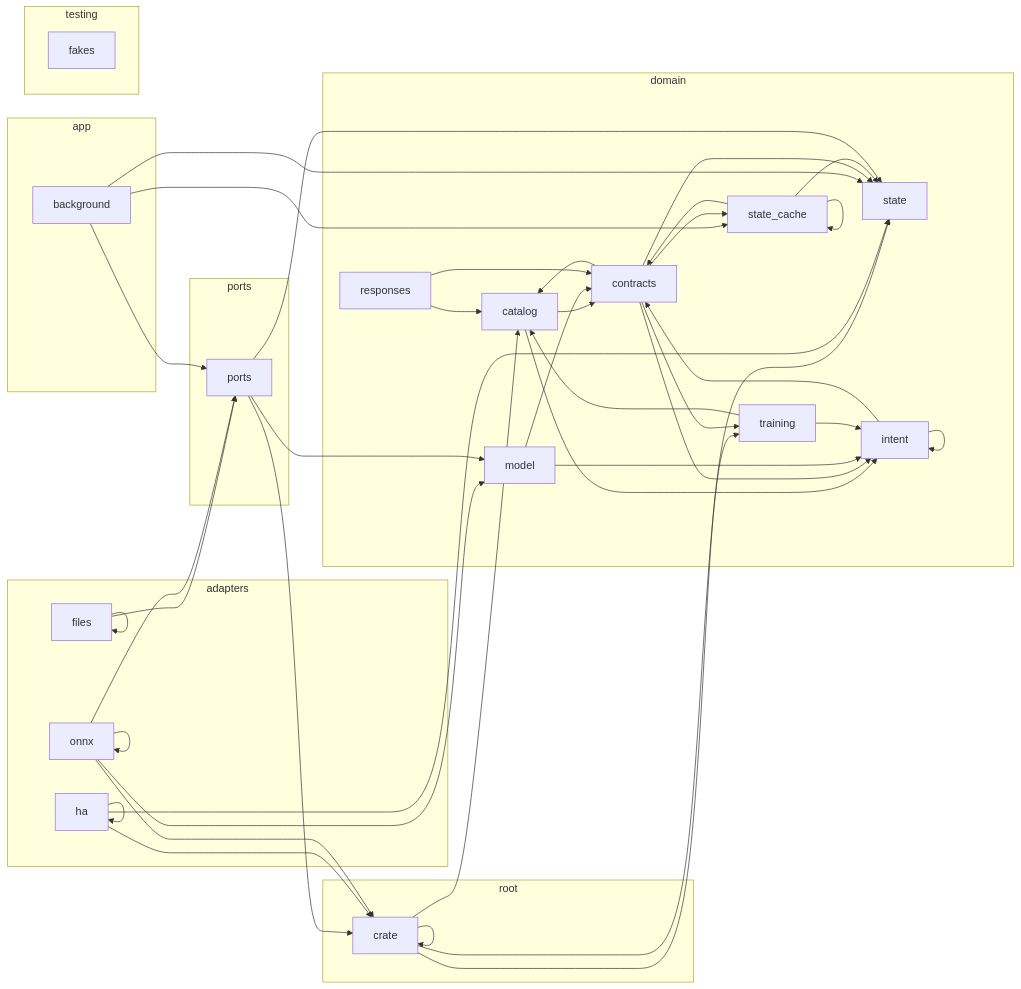
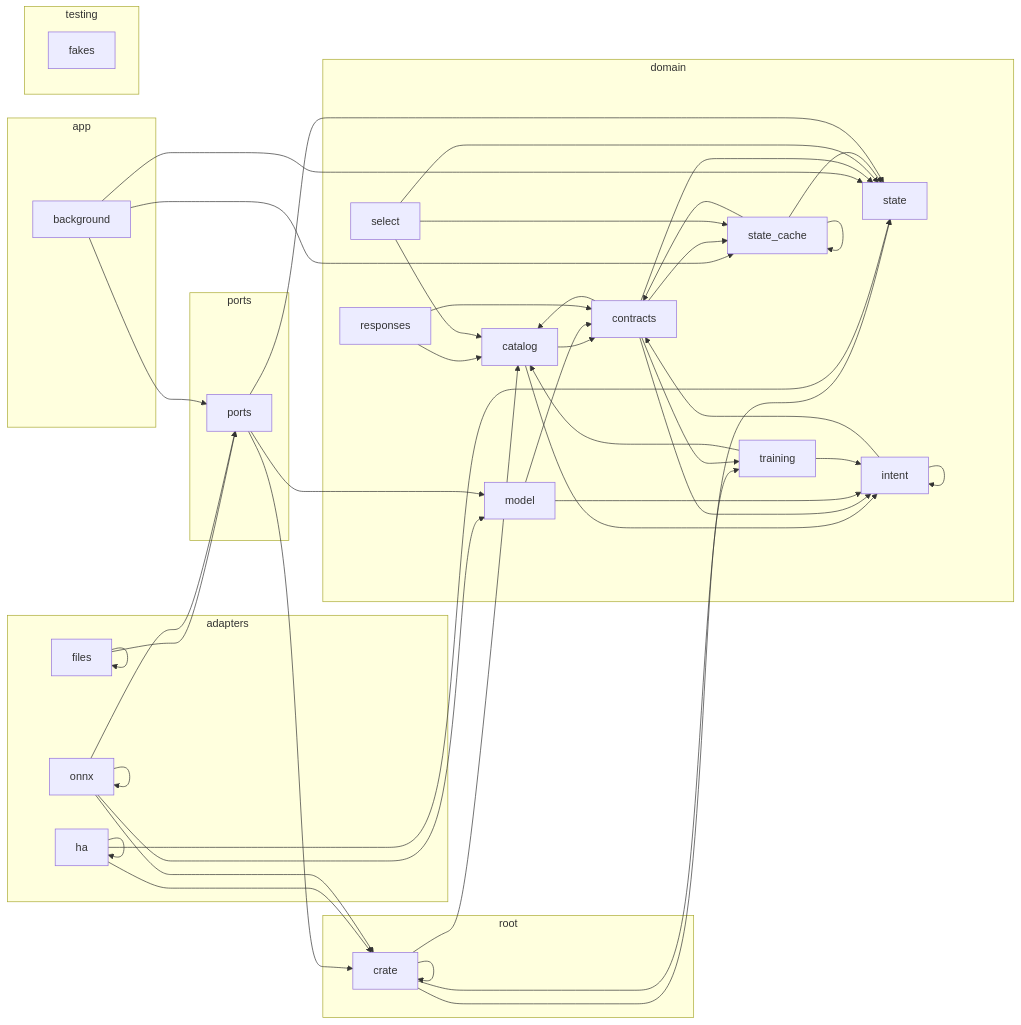
One commit to louislang/ha-jarvis changed the diagram in docs/architecture.md. Above: the diagram before and after it, drawn with Mermaid. The commit also changed 4 other files, not shown here.

````diff
--- a/docs/architecture.md
+++ b/docs/architecture.md
@@ -5,67 +5,71 @@
 ```mermaid
 flowchart LR
     subgraph adapters
         crate_adapters_files[files]
         crate_adapters_ha[ha]
         crate_adapters_onnx[onnx]
     end
     subgraph app
         crate_app_background[background]
     end
     subgraph domain
         crate_domain_catalog[catalog]
         crate_domain_contracts[contracts]
         crate_domain_intent[intent]
         crate_domain_model[model]
         crate_domain_responses[responses]
+        crate_domain_select[select]
         crate_domain_state[state]
         crate_domain_state_cache[state_cache]
         crate_domain_training[training]
     end
     subgraph ports
         crate_ports[ports]
     end
     subgraph root
         crate[crate]
     end
     subgraph testing
         crate_testing_fakes[fakes]
     end
     crate --> crate
     crate --> crate_domain_catalog
     crate --> crate_domain_state
     crate --> crate_domain_training
     crate_adapters_files --> crate_adapters_files
     crate_adapters_files --> crate_ports
     crate_adapters_ha --> crate
     crate_adapters_ha --> crate_adapters_ha
     crate_adapters_ha --> crate_domain_state
     crate_adapters_onnx --> crate
     crate_adapters_onnx --> crate_adapters_onnx
     crate_adapters_onnx --> crate_domain_model
     crate_adapters_onnx --> crate_ports
     crate_app_background --> crate_domain_state
     crate_app_background --> crate_domain_state_cache
     crate_app_background --> crate_ports
     crate_domain_catalog --> crate_domain_contracts
     crate_domain_catalog --> crate_domain_intent
     crate_domain_contracts --> crate_domain_catalog
     crate_domain_contracts --> crate_domain_intent
     crate_domain_contracts --> crate_domain_state
     crate_domain_contracts --> crate_domain_state_cache
     crate_domain_contracts --> crate_domain_training
     crate_domain_intent --> crate_domain_contracts
     crate_domain_intent --> crate_domain_intent
     crate_domain_model --> crate_domain_contracts
     crate_domain_model --> crate_domain_intent
     crate_domain_responses --> crate_domain_catalog
     crate_domain_responses --> crate_domain_contracts
+    crate_domain_select --> crate_domain_catalog
+    crate_domain_select --> crate_domain_state
+    crate_domain_select --> crate_domain_state_cache
     crate_domain_state_cache --> crate_domain_contracts
     crate_domain_state_cache --> crate_domain_state
     crate_domain_state_cache --> crate_domain_state_cache
     crate_domain_training --> crate_domain_catalog
     crate_domain_training --> crate_domain_intent
     crate_ports --> crate
     crate_ports --> crate_domain_model
     crate_ports --> crate_domain_state
 ```
````
